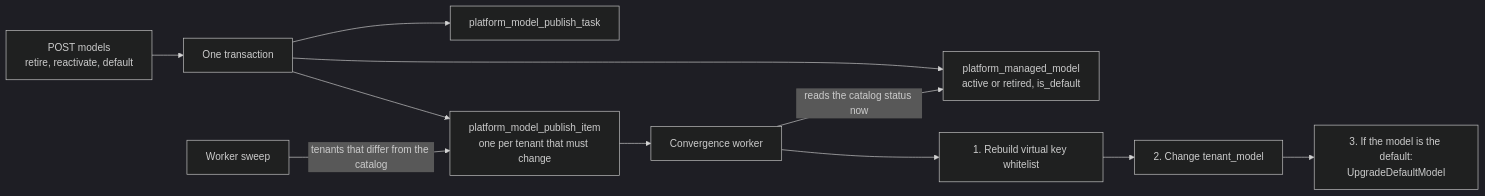
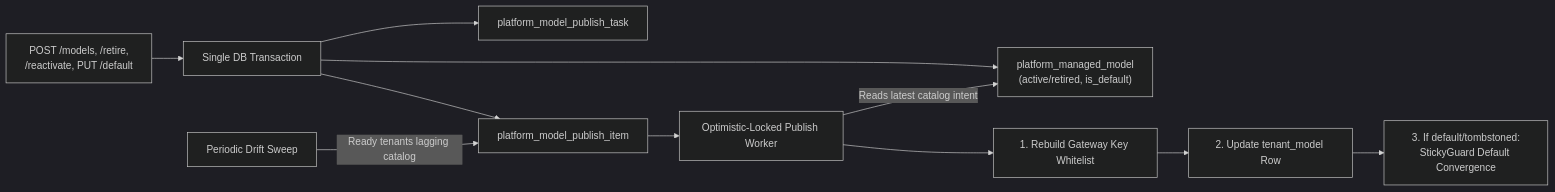
The second of 3 diagrams in extensions/model-platform/implementation-plan.md (Sanderhoff-alt/oh-my-ragflow), drawn with Mermaid (dark theme) before and after one commit. The commit also changed other lines of this file and 25 other files, not shown here.

First line of the commit message:
docs(model-platform): add bilingual operator, user, and API guides and refresh design docs (#67)

````diff
--- a/extensions/model-platform/implementation-plan.md
+++ b/extensions/model-platform/implementation-plan.md
@@ -436,13 +264,13 @@
 ```mermaid
 flowchart LR
-    Admin["POST models<br>retire, reactivate, default"] --> Tx["One transaction"]
-    Tx --> Cat["platform_managed_model<br>active or retired, is_default"]
+    Admin["POST /models, /retire,<br/>/reactivate, PUT /default"] --> Tx["Single DB Transaction"]
+    Tx --> Cat["platform_managed_model<br/>(active/retired, is_default)"]
     Tx --> Task["platform_model_publish_task"]
-    Tx --> Items["platform_model_publish_item<br>one per tenant that must change"]
-    Sweep["Worker sweep"] -->|"tenants that differ from the catalog"| Items
-    Items --> Worker["Convergence worker"]
-    Worker -->|"reads the catalog status now"| Cat
-    Worker --> GW["1. Rebuild virtual key whitelist"]
-    GW --> DB["2. Change tenant_model"]
-    DB --> Def["3. If the model is the default:<br>UpgradeDefaultModel"]
+    Tx --> Items["platform_model_publish_item"]
+    Sweep["Periodic Drift Sweep"] -->|"Ready tenants lagging catalog"| Items
+    Items --> Worker["Optimistic-Locked Publish Worker"]
+    Worker -->|"Reads latest catalog intent"| Cat
+    Worker --> GW["1. Rebuild Gateway Key Whitelist"]
+    GW --> DB["2. Update tenant_model Row"]
+    DB --> Def["3. If default/tombstoned:<br/>StickyGuard Default Convergence"]
 ```
````
